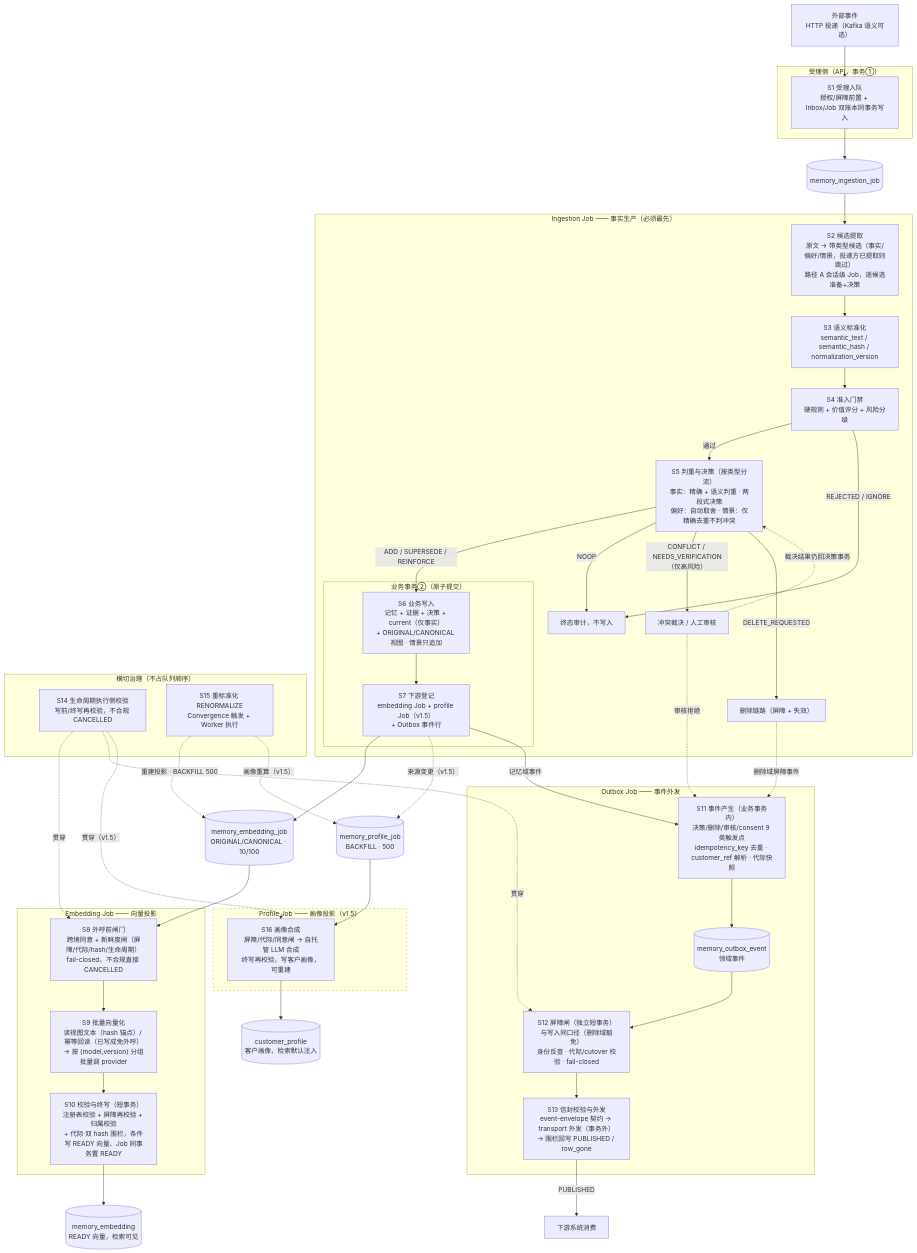
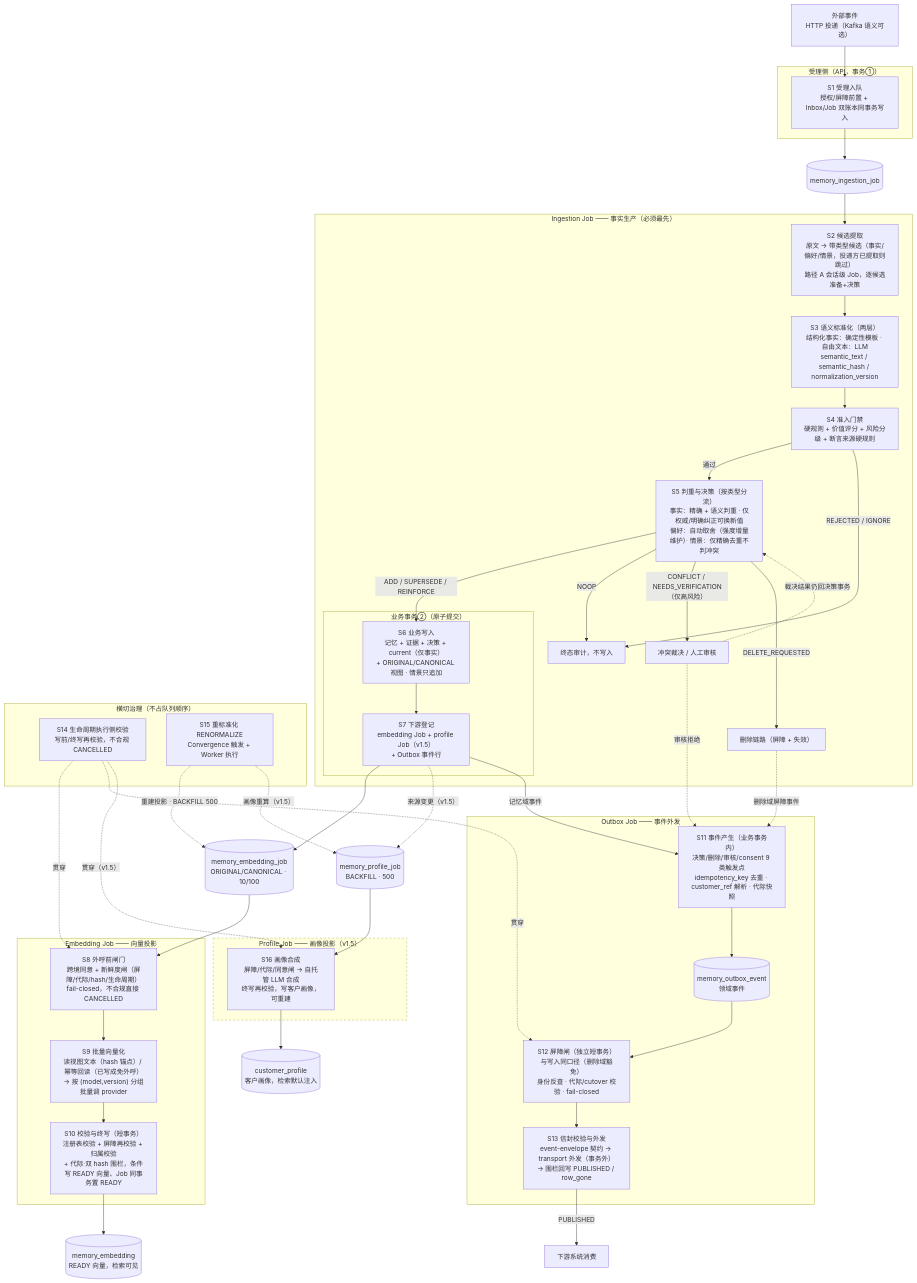
One commit to luming1617/mms changed the first of 3 diagrams in docs/0-概要设计/3-Worker组件设计.md. Above: the diagram before and after it, drawn with Mermaid. The commit also changed other lines of this file and 4 other files, not shown here.

````diff
--- a/docs/0-概要设计/3-Worker组件设计.md
+++ b/docs/0-概要设计/3-Worker组件设计.md
@@ -73,79 +73,79 @@
 ```mermaid
 flowchart TD
     EV["外部事件<br/>HTTP 投递（Kafka 语义可选）"] --> S1
 
     subgraph ACCEPT["受理侧（API，事务①）"]
         S1["S1 受理入队<br/>授权/屏障前置 + Inbox/Job 双账本同事务写入"]
     end
 
     S1 --> QI[("memory_ingestion_job")]
 
     subgraph ING["Ingestion Job —— 事实生产（必须最先）"]
         S2["S2 候选提取<br/>原文 → 带类型候选（事实/偏好/情景，投递方已提取则跳过）<br/>路径 A 会话级 Job，逐候选准备+决策"]
-        S3["S3 语义标准化<br/>semantic_text / semantic_hash / normalization_version"]
-        S4["S4 准入门禁<br/>硬规则 + 价值评分 + 风险分级"]
-        S5["S5 判重与决策（按类型分流）<br/>事实：精确 + 语义判重 · 两段式决策<br/>偏好：自动取舍 · 情景：仅精确去重不判冲突"]
+        S3["S3 语义标准化（两层）<br/>结构化事实：确定性模板 · 自由文本：LLM<br/>semantic_text / semantic_hash / normalization_version"]
+        S4["S4 准入门禁<br/>硬规则 + 价值评分 + 风险分级 + 断言来源硬规则"]
+        S5["S5 判重与决策（按类型分流）<br/>事实：精确 + 语义判重 · 仅权威/明确纠正可换新值<br/>偏好：自动取舍（强度增量维护）· 情景：仅精确去重不判冲突"]
         RJ["终态审计，不写入"]
         CF["冲突裁决 / 人工审核"]
         DEL["删除链路（屏障 + 失效）"]
         subgraph TX2["业务事务②（原子提交）"]
             S6["S6 业务写入<br/>记忆 + 证据 + 决策 + current（仅事实）<br/>+ ORIGINAL/CANONICAL 视图 · 情景只追加"]
             S7["S7 下游登记<br/>embedding Job + profile Job（v1.5）<br/>+ Outbox 事件行"]
             S6 --> S7
         end
         S2 --> S3 --> S4
         S4 -->|通过| S5
         S4 -->|REJECTED / IGNORE| RJ
         S5 -->|ADD / SUPERSEDE / REINFORCE| S6
         S5 -->|NOOP| RJ
         S5 -->|CONFLICT / NEEDS_VERIFICATION（仅高风险）| CF
         S5 -->|DELETE_REQUESTED| DEL
         CF -.->|裁决结果仍回决策事务| S5
     end
 
     QI --> S2
     S7 --> QE[("memory_embedding_job<br/>ORIGINAL/CANONICAL · 10/100")]
     S7 -.->|来源变更（v1.5）| QP[("memory_profile_job<br/>BACKFILL · 500")]
     S7 -->|记忆域事件| S11
     DEL -.->|删除域屏障事件| S11
     CF -.->|审核拒绝| S11
 
     subgraph EMB["Embedding Job —— 向量投影"]
         S8["S8 外呼前闸门<br/>跨境同意 + 新鲜度闸（屏障/代际/hash/生命周期）<br/>fail-closed，不合规直接 CANCELLED"]
         S9["S9 批量向量化<br/>读视图文本（hash 锚点）/ 幂等回读（已写成免外呼）<br/>→ 按 (model,version) 分组批量调 provider"]
         S10["S10 校验与终写（短事务）<br/>注册表校验 + 屏障再校验 + 归属校验<br/>+ 代际·双 hash 围栏，条件写 READY 向量、Job 同事务置 READY"]
         S8 --> S9 --> S10
     end
 
     QE --> S8
     S10 --> VEC[("memory_embedding<br/>READY 向量，检索可见")]
 
     subgraph OUT["Outbox Job —— 事件外发"]
         S11["S11 事件产生（业务事务内）<br/>决策/删除/审核/consent 9 类触发点<br/>idempotency_key 去重 · customer_ref 解析 · 代际快照"]
         S12["S12 屏障闸（独立短事务）<br/>与写入同口径（删除域豁免）<br/>身份反查 · 代际/cutover 校验 · fail-closed"]
         S13["S13 信封校验与外发<br/>event-envelope 契约 → transport 外发（事务外）<br/>→ 围栏回写 PUBLISHED / row_gone"]
         S11 --> QO[("memory_outbox_event<br/>领域事件")]
         QO --> S12
         S12 --> S13
     end
 
     S13 -->|PUBLISHED| EXT["下游系统消费"]
 
     subgraph PRO["Profile Job —— 画像投影（v1.5）"]
         S16["S16 画像合成<br/>屏障/代际/同意闸 → 自托管 LLM 合成<br/>终写再校验，写客户画像，可重建"]
     end
     QP --> S16
     S16 --> PF[("customer_profile<br/>客户画像，检索默认注入")]
     style PRO stroke-dasharray: 5 5
 
     subgraph GOV["横切治理（不占队列顺序）"]
         S14["S14 生命周期执行侧校验<br/>写前/终写再校验，不合规 CANCELLED"]
         S15["S15 重标准化 RENORMALIZE<br/>Convergence 触发 + Worker 执行"]
     end
 
     S14 -.->|贯穿| S8
     S14 -.->|贯穿| S12
     S14 -.->|贯穿（v1.5）| S16
     S15 -.->|重建投影 · BACKFILL 500| QE
     S15 -.->|画像重算（v1.5）| QP
 ```
````
